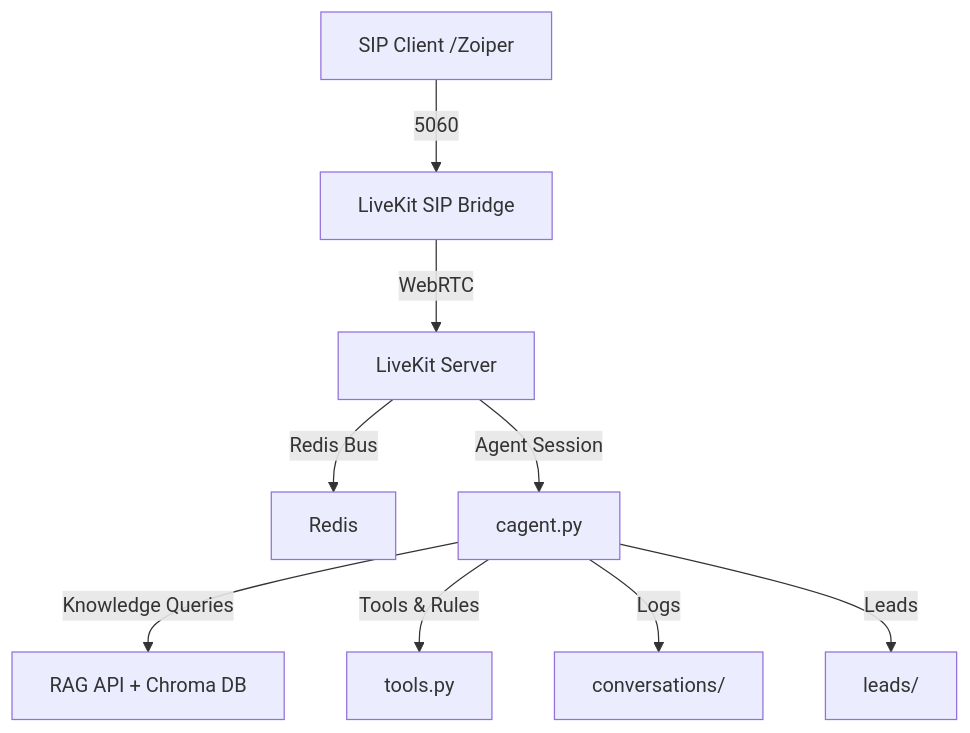
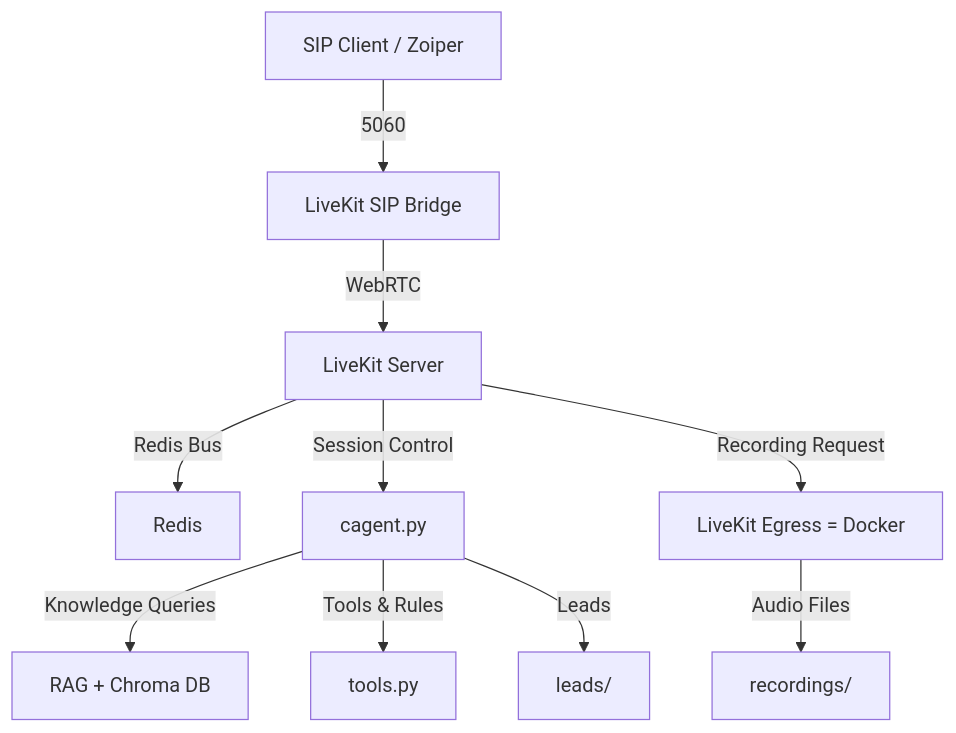
One commit to MalayJain412/livekitVoiceAgent changed the diagram in README.md. Above: the diagram before and after it, drawn with Mermaid. The commit also changed other lines of this file and 60 other files, not shown here.

````diff
--- a/README.md
+++ b/README.md
@@ -18,11 +22,12 @@
 ```mermaid
 graph TD
-    A[SIP Client /Zoiper] -->|5060| B[LiveKit SIP Bridge]
+    A[SIP Client / Zoiper] -->|5060| B[LiveKit SIP Bridge]
     B -->|WebRTC| C[LiveKit Server]
     C -->|Redis Bus| D[Redis]
-    C -->|Agent Session| E[cagent.py]
-    E -->|Knowledge Queries| F[RAG API + Chroma DB]
+    C -->|Session Control| E[cagent.py]
+    E -->|Knowledge Queries| F[RAG + Chroma DB]
     E -->|Tools & Rules| G[tools.py]
-    E -->|Logs| H[conversations/]
     E -->|Leads| I[leads/]
+    C -->|Recording Request| J[LiveKit Egress = Docker]
+    J -->|Audio Files| K[recordings/]
 ```
````
